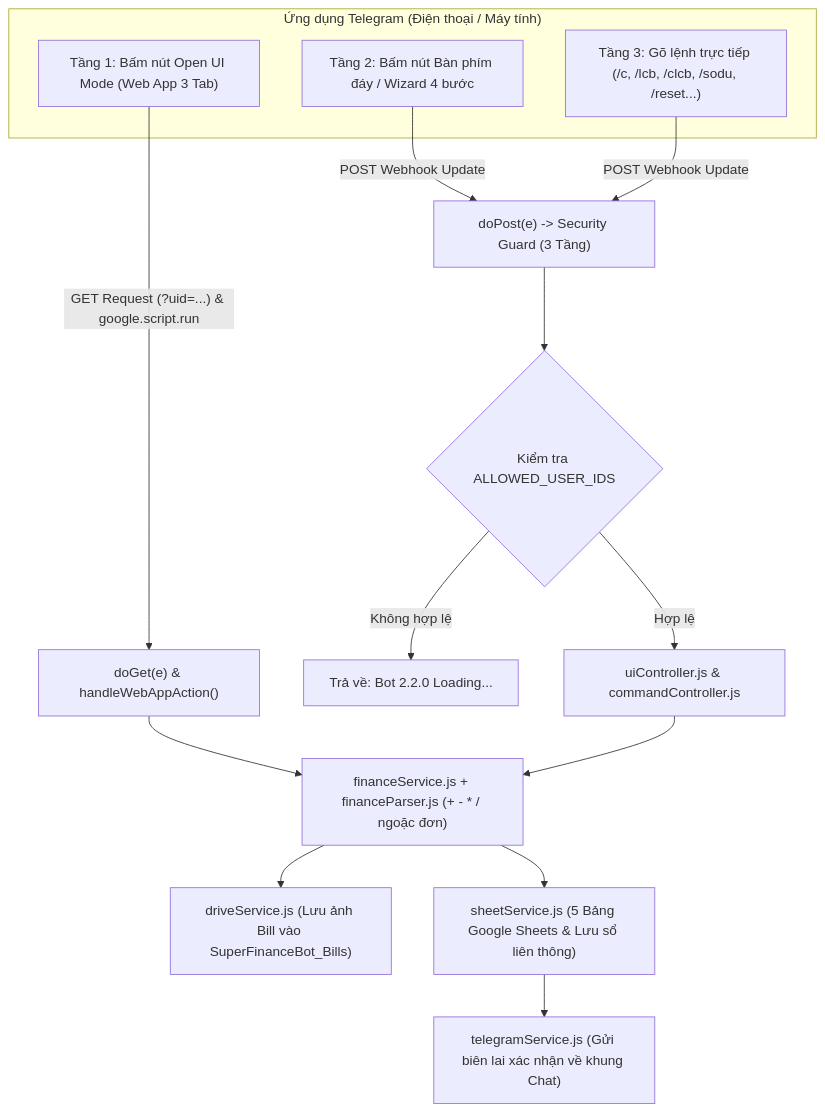
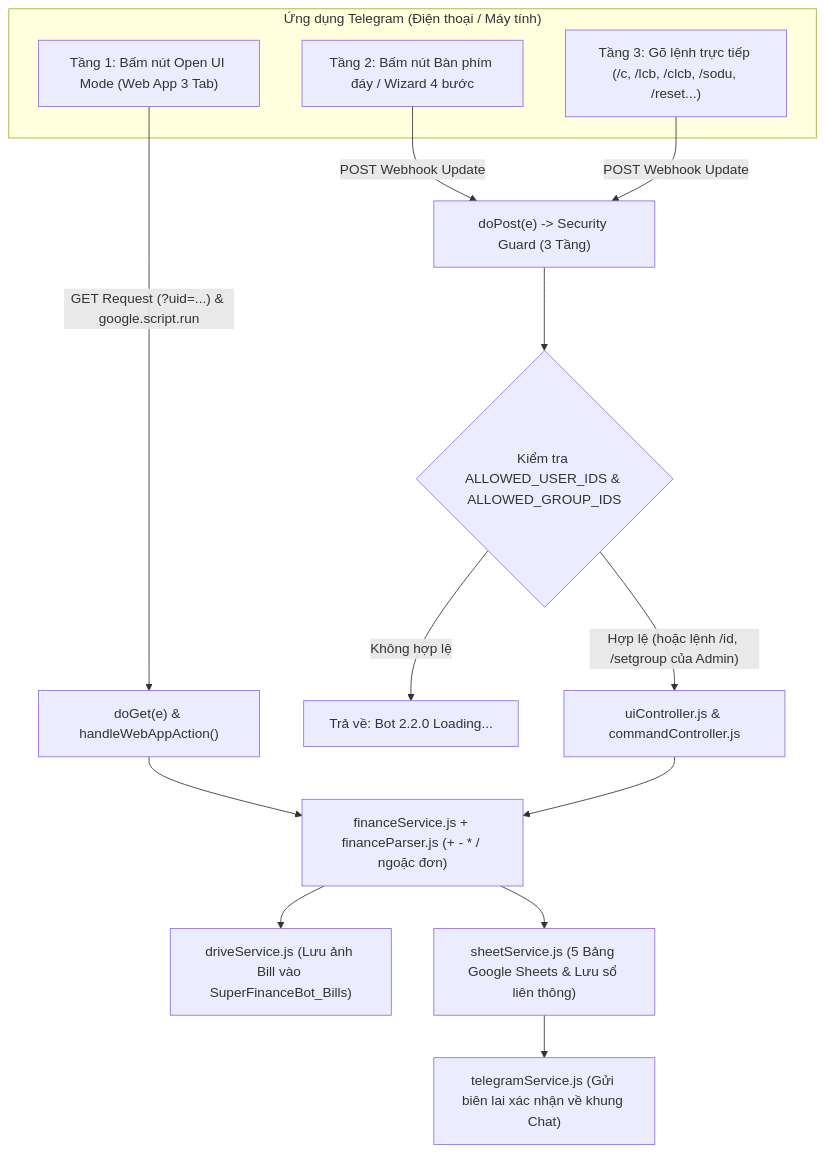
One commit to Proplasma/Telegram-GoogleAppScript-Finance-Bot changed the diagram in docs/SYSTEM_DESIGN.md. Above: the diagram before and after it, drawn with Mermaid. The commit also changed other lines of this file and 5 other files, not shown here.

````diff
--- a/docs/SYSTEM_DESIGN.md
+++ b/docs/SYSTEM_DESIGN.md
@@ -9,23 +9,23 @@
 ```mermaid
 flowchart TD
     subgraph TelegramClient["Ứng dụng Telegram (Điện thoại / Máy tính)"]
         U1["Tầng 1: Bấm nút Open UI Mode (Web App 3 Tab)"]
         U2["Tầng 2: Bấm nút Bàn phím đáy / Wizard 4 bước"]
         U3["Tầng 3: Gõ lệnh trực tiếp (/c, /lcb, /clcb, /sodu, /reset...)"]
     end
 
     U1 -- "GET Request (?uid=...) & google.script.run" --> DOGET["doGet(e) & handleWebAppAction()"]
     U2 -- "POST Webhook Update" --> DOPOST["doPost(e) -> Security Guard (3 Tầng)"]
     U3 -- "POST Webhook Update" --> DOPOST
 
-    DOPOST --> AUTH{"Kiểm tra ALLOWED_USER_IDS"}
+    DOPOST --> AUTH{"Kiểm tra ALLOWED_USER_IDS & ALLOWED_GROUP_IDS"}
     AUTH -- "Không hợp lệ" --> BLOCK["Trả về: Bot 2.2.0 Loading..."]
-    AUTH -- "Hợp lệ" --> ROUTER["uiController.js & commandController.js"]
+    AUTH -- "Hợp lệ (hoặc lệnh /id, /setgroup của Admin)" --> ROUTER["uiController.js & commandController.js"]
 
     DOGET --> SERVICE["financeService.js + financeParser.js (+ - * / ngoặc đơn)"]
     ROUTER --> SERVICE
 
     SERVICE --> DRIVE["driveService.js (Lưu ảnh Bill vào SuperFinanceBot_Bills)"]
     SERVICE --> SHEET["sheetService.js (5 Bảng Google Sheets & Lưu sổ liên thông)"]
     SHEET --> NOTIFY["telegramService.js (Gửi biên lai xác nhận về khung Chat)"]
 ```
````
